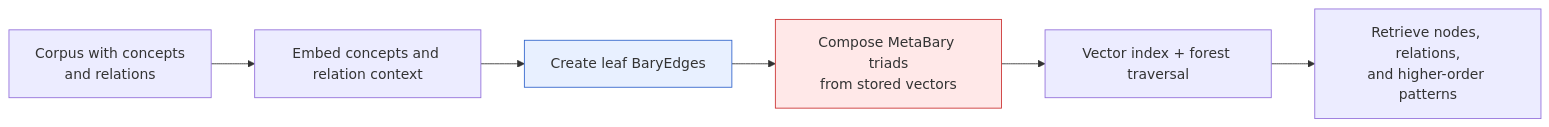
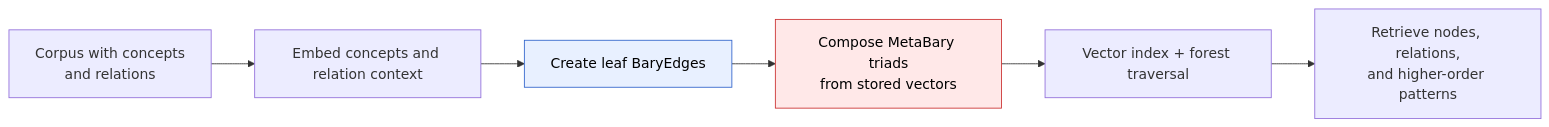
The second of 2 diagrams in README.md (oleksiy-perepelytsya/bary-graph), drawn with Mermaid before and after one commit. The commit also changed other lines of this file, not shown here.

Commit message:
Update styles in README for clarity

````diff
--- a/README.md
+++ b/README.md
@@ -186,11 +186,11 @@
 ```mermaid
 flowchart LR
     A[Corpus with concepts<br/>and relations] --> B[Embed concepts and relation context]
     B --> C[Create leaf BaryEdges]
     C --> D[Compose MetaBary triads<br/>from stored vectors]
     D --> E[Vector index + forest traversal]
     E --> F[Retrieve nodes, relations,<br/>and higher-order patterns]
 
-    style C fill:#e8f0ff,stroke:#3366cc
-    style D fill:#ffe8e8,stroke:#cc3333
+    style C fill:#e8f0ff,stroke:#3366cc,color:#000000
+    style D fill:#ffe8e8,stroke:#cc3333,color:#000000
 ```
````
